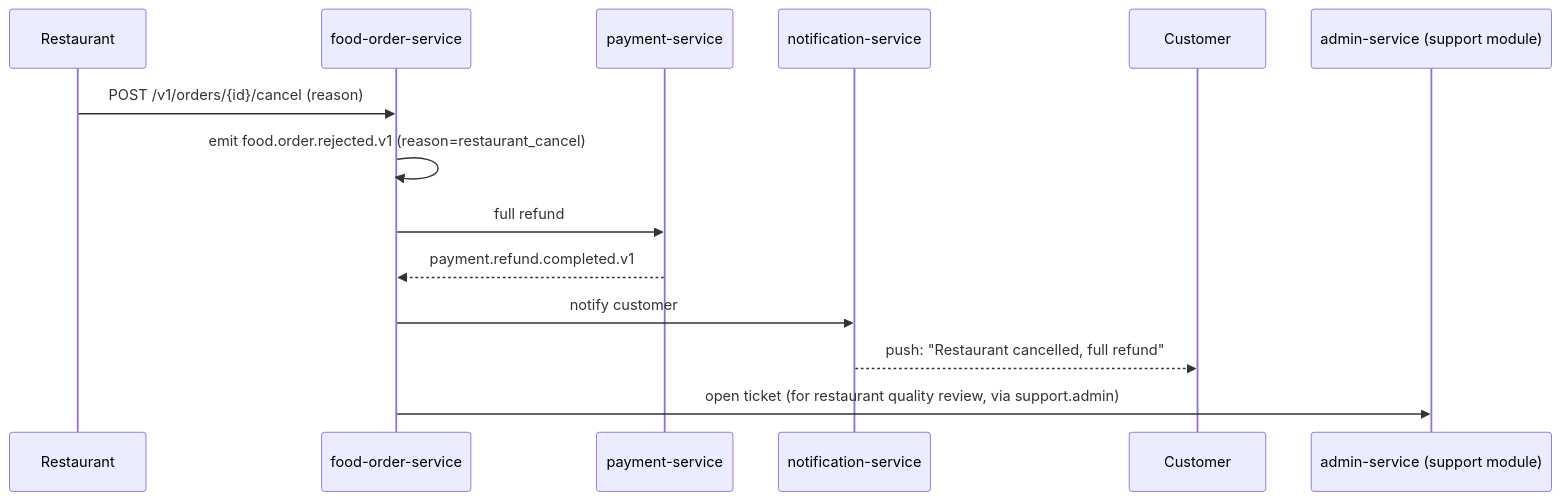
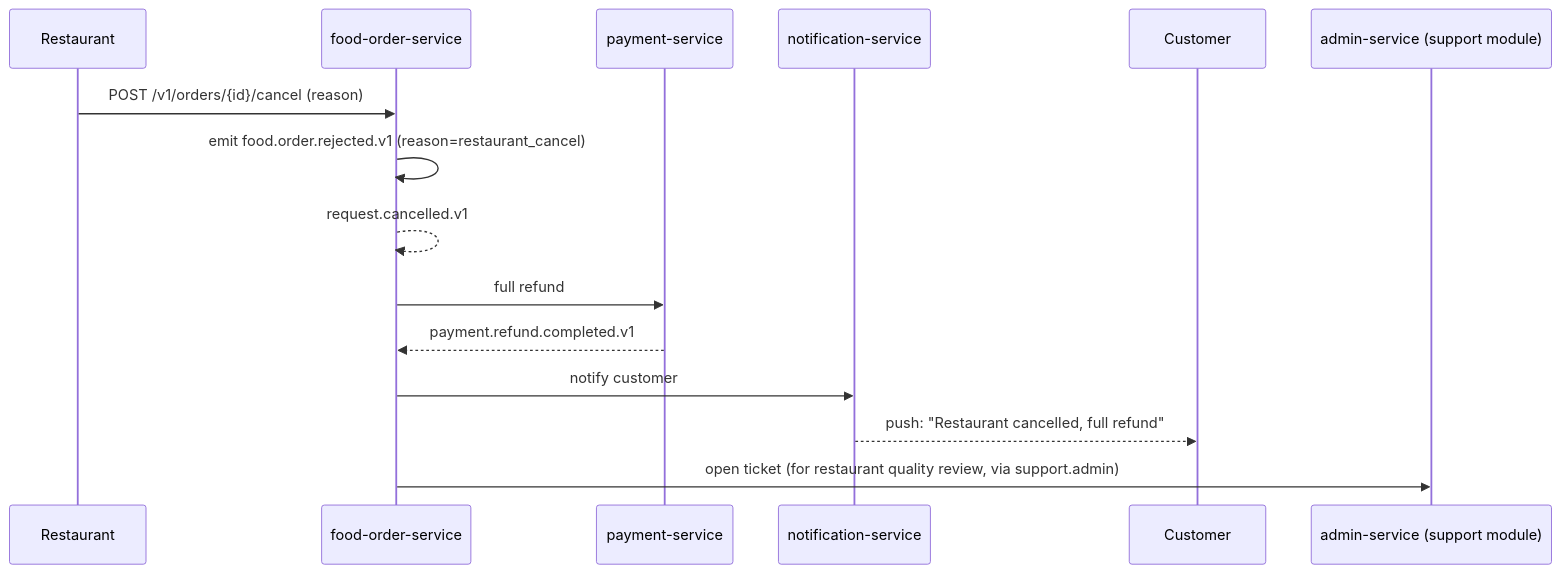
One commit to mohamedhabibwork/trips-enjoy-docs changed the eighth of 13 diagrams in docs/workflows/FOOD_ORDER_WORKFLOWS.md. Above: the diagram before and after it, drawn with Mermaid. The commit also changed other lines of this file and 201 other files, not shown here.

````diff
--- a/docs/workflows/FOOD_ORDER_WORKFLOWS.md
+++ b/docs/workflows/FOOD_ORDER_WORKFLOWS.md
@@ -218,17 +249,18 @@
 ```mermaid
 sequenceDiagram
     participant RES as Restaurant
     participant FOR as food-order-service
     participant PAY as payment-service
     participant NOT as notification-service
     participant C as Customer
     participant ADM as admin-service (support module)
 
     RES->>FOR: POST /v1/orders/{id}/cancel (reason)
     FOR->>FOR: emit food.order.rejected.v1 (reason=restaurant_cancel)
+    FOR-->>FOR: request.cancelled.v1
     FOR->>PAY: full refund
     PAY-->>FOR: payment.refund.completed.v1
     FOR->>NOT: notify customer
     NOT-->>C: push: "Restaurant cancelled, full refund"
     FOR->>ADM: open ticket (for restaurant quality review, via support.admin)
 ```
````
